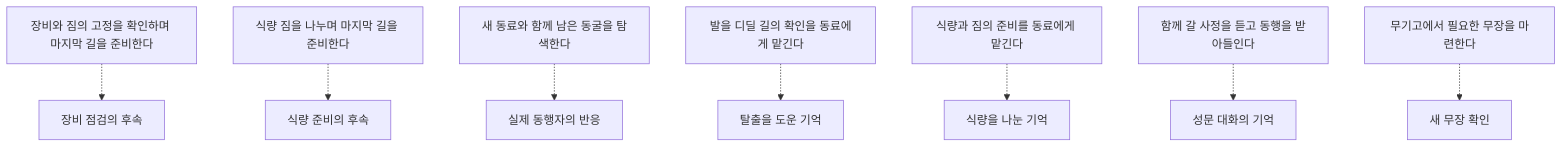
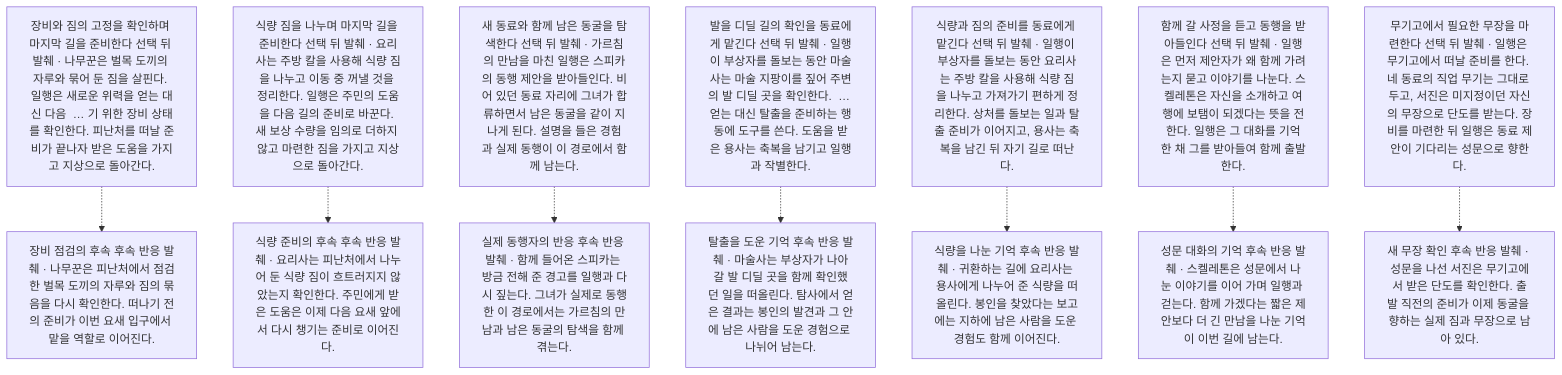
The second of 17 diagrams in novel/writing/publication/generated/flow.md (obmaz/lore), drawn with Mermaid before and after one commit. The commit also changed other lines of this file and 20 other files, not shown here.

Commit message:
Show branch outcomes and route graph memory links orthogonally

````diff
--- a/novel/writing/publication/generated/flow.md
+++ b/novel/writing/publication/generated/flow.md
@@ -188,24 +189,25 @@
 ```mermaid
+%%{init: {"flowchart": {"curve": "stepAfter"}}}%%
 flowchart TB
-  n469315c81ecd6331["장비와 짐의 고정을 확인하며 마지막 길을 준비한다"]
-  n87d6cc883efe586d["장비 점검의 후속"]
-  nadb8d58f44973f43["식량 짐을 나누며 마지막 길을 준비한다"]
-  n2f2d0ba141ce8980["식량 준비의 후속"]
-  nd1b8c04f531844d2["새 동료와 함께 남은 동굴을 탐색한다"]
-  n8d8f89073310c30a["실제 동행자의 반응"]
-  nceecfe929496c42b["발을 디딜 길의 확인을 동료에게 맡긴다"]
-  n182fea9dcb126804["탈출을 도운 기억"]
-  nff960f8679664228["식량과 짐의 준비를 동료에게 맡긴다"]
-  nf35327c9f551feb8["식량을 나눈 기억"]
-  n014a871b3662ed77["함께 갈 사정을 듣고 동행을 받아들인다"]
-  n9b3ea50bec258bbf["성문 대화의 기억"]
-  ne90cb4be5ec486eb["무기고에서 필요한 무장을 마련한다"]
-  n8d5ad8c7a73504e6["새 무장 확인"]
+  n469315c81ecd6331["장비와 짐의 고정을 확인하며 마지막 길을 준비한다 선택 뒤 발췌 · 나무꾼은 벌목 도끼의 자루와 묶어 둔 짐을 살핀다. 일행은 새로운 위력을 얻는 대신 다음  … 기 위한 장비 상태를 확인한다. 피난처를 떠날 준비가 끝나자 받은 도움을 가지고 지상으로 돌아간다."]
+  n87d6cc883efe586d["장비 점검의 후속 후속 반응 발췌 · 나무꾼은 피난처에서 점검한 벌목 도끼의 자루와 짐의 묶음을 다시 확인한다. 떠나기 전의 준비가 이번 요새 입구에서 맡을 역할로 이어진다."]
+  nadb8d58f44973f43["식량 짐을 나누며 마지막 길을 준비한다 선택 뒤 발췌 · 요리사는 주방 칼을 사용해 식량 짐을 나누고 이동 중 꺼낼 것을 정리한다. 일행은 주민의 도움을 다음 길의 준비로 바꾼다. 새 보상 수량을 임의로 더하지 않고 마련한 짐을 가지고 지상으로 돌아간다."]
+  n2f2d0ba141ce8980["식량 준비의 후속 후속 반응 발췌 · 요리사는 피난처에서 나누어 둔 식량 짐이 흐트러지지 않았는지 확인한다. 주민에게 받은 도움은 이제 다음 요새 앞에서 다시 챙기는 준비로 이어진다."]
+  nd1b8c04f531844d2["새 동료와 함께 남은 동굴을 탐색한다 선택 뒤 발췌 · 가르침의 만남을 마친 일행은 스피카의 동행 제안을 받아들인다. 비어 있던 동료 자리에 그녀가 합류하면서 남은 동굴을 같이 지나게 된다. 설명을 들은 경험과 실제 동행이 이 경로에서 함께 남는다."]
+  n8d8f89073310c30a["실제 동행자의 반응 후속 반응 발췌 · 함께 들어온 스피카는 방금 전해 준 경고를 일행과 다시 짚는다. 그녀가 실제로 동행한 이 경로에서는 가르침의 만남과 남은 동굴의 탐색을 함께 겪는다."]
+  nceecfe929496c42b["발을 디딜 길의 확인을 동료에게 맡긴다 선택 뒤 발췌 · 일행이 부상자를 돌보는 동안 마술사는 마술 지팡이를 짚어 주변의 발 디딜 곳을 확인한다.  … 얻는 대신 탈출을 준비하는 행동에 도구를 쓴다. 도움을 받은 용사는 축복을 남기고 일행과 작별한다."]
+  n182fea9dcb126804["탈출을 도운 기억 후속 반응 발췌 · 마술사는 부상자가 나아갈 발 디딜 곳을 함께 확인했던 일을 떠올린다. 탐사에서 얻은 결과는 봉인의 발견과 그 안에 남은 사람을 도운 경험으로 나뉘어 남는다."]
+  nff960f8679664228["식량과 짐의 준비를 동료에게 맡긴다 선택 뒤 발췌 · 일행이 부상자를 돌보는 동안 요리사는 주방 칼을 사용해 식량 짐을 나누고 가져가기 편하게 정리한다. 상처를 돌보는 일과 탈출 준비가 이어지고, 용사는 축복을 남긴 뒤 자기 길로 떠난다."]
+  nf35327c9f551feb8["식량을 나눈 기억 후속 반응 발췌 · 귀환하는 길에 요리사는 용사에게 나누어 준 식량을 떠올린다. 봉인을 찾았다는 보고에는 지하에 남은 사람을 도운 경험도 함께 이어진다."]
+  n014a871b3662ed77["함께 갈 사정을 듣고 동행을 받아들인다 선택 뒤 발췌 · 일행은 먼저 제안자가 왜 함께 가려는지 묻고 이야기를 나눈다. 스켈레톤은 자신을 소개하고 여행에 보탬이 되겠다는 뜻을 전한다. 일행은 그 대화를 기억한 채 그를 받아들여 함께 출발한다."]
+  n9b3ea50bec258bbf["성문 대화의 기억 후속 반응 발췌 · 스켈레톤은 성문에서 나눈 이야기를 이어 가며 일행과 걷는다. 함께 가겠다는 짧은 제안보다 더 긴 만남을 나눈 기억이 이번 길에 남는다."]
+  ne90cb4be5ec486eb["무기고에서 필요한 무장을 마련한다 선택 뒤 발췌 · 일행은 무기고에서 떠날 준비를 한다. 네 동료의 직업 무기는 그대로 두고, 서진은 미지정이던 자신의 무장으로 단도를 받는다. 장비를 마련한 뒤 일행은 동료 제안이 기다리는 성문으로 향한다."]
+  n8d5ad8c7a73504e6["새 무장 확인 후속 반응 발췌 · 성문을 나선 서진은 무기고에서 받은 단도를 확인한다. 출발 직전의 준비가 이제 동굴을 향하는 실제 짐과 무장으로 남아 있다."]
   n469315c81ecd6331 -.-> n87d6cc883efe586d
   nadb8d58f44973f43 -.-> n2f2d0ba141ce8980
   nd1b8c04f531844d2 -.-> n8d8f89073310c30a
   nceecfe929496c42b -.-> n182fea9dcb126804
   nff960f8679664228 -.-> nf35327c9f551feb8
   n014a871b3662ed77 -.-> n9b3ea50bec258bbf
   ne90cb4be5ec486eb -.-> n8d5ad8c7a73504e6
 ```
````
